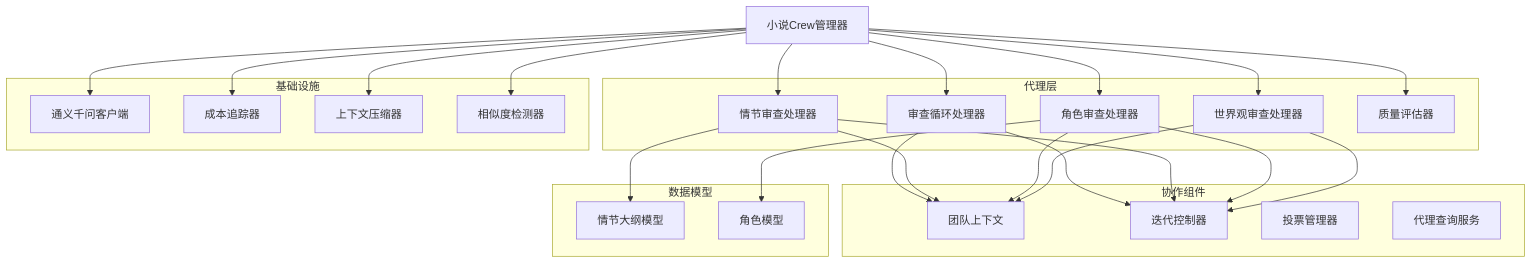
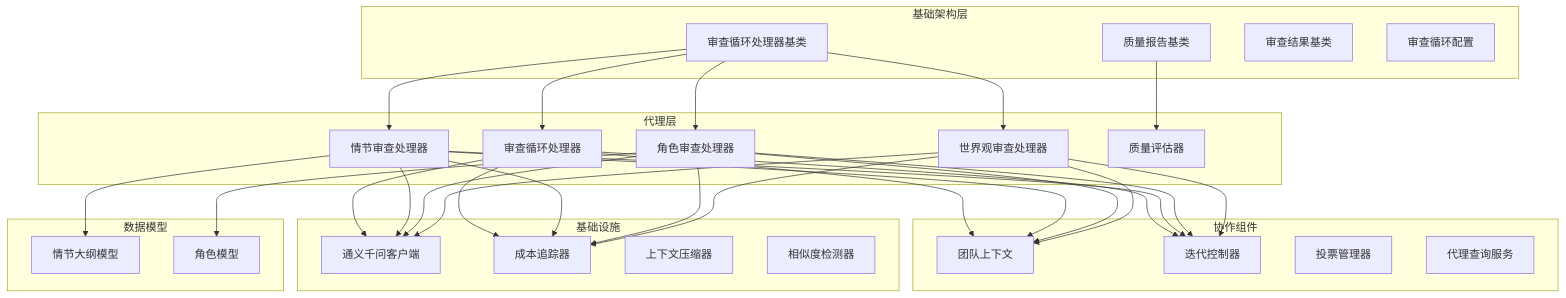
One commit to xfbyxq/ai-novel-system changed the first of 10 diagrams in .qoder/repowiki/zh/content/AI智能体系统/情节审查处理器.md. Above: the diagram before and after it, drawn with Mermaid. The commit also changed other lines of this file and 84 other files, not shown here.

````diff
--- a/.qoder/repowiki/zh/content/AI智能体系统/情节审查处理器.md
+++ b/.qoder/repowiki/zh/content/AI智能体系统/情节审查处理器.md
@@ -50,45 +54,55 @@
 ```mermaid
 graph TB
+subgraph "基础架构层"
+BaseReviewLoop[审查循环处理器基类]
+BaseQualityReport[质量报告基类]
+BaseReviewResult[审查结果基类]
+ReviewLoopConfig[审查循环配置]
+end
 subgraph "代理层"
 ReviewLoop[审查循环处理器]
 PlotReview[情节审查处理器]
 CharReview[角色审查处理器]
 WorldReview[世界观审查处理器]
 QualityEval[质量评估器]
 end
 subgraph "协作组件"
 TeamContext[团队上下文]
 IterationCtrl[迭代控制器]
 VotingMgr[投票管理器]
 AgentQuery[代理查询服务]
 end
 subgraph "基础设施"
 QwenClient[通义千问客户端]
 CostTracker[成本追踪器]
 ContextComp[上下文压缩器]
 SimilarityDet[相似度检测器]
 end
 subgraph "数据模型"
 PlotOutline[情节大纲模型]
 CharacterModel[角色模型]
 end
-CrewManager[小说Crew管理器] --> ReviewLoop
-CrewManager --> PlotReview
-CrewManager --> CharReview
-CrewManager --> WorldReview
-CrewManager --> QualityEval
+BaseReviewLoop --> ReviewLoop
+BaseReviewLoop --> PlotReview
+BaseReviewLoop --> CharReview
+BaseReviewLoop --> WorldReview
+BaseQualityReport --> QualityEval
 ReviewLoop --> TeamContext
 PlotReview --> TeamContext
 CharReview --> TeamContext
 WorldReview --> TeamContext
 ReviewLoop --> IterationCtrl
 PlotReview --> IterationCtrl
 CharReview --> IterationCtrl
 WorldReview --> IterationCtrl
-CrewManager --> QwenClient
-CrewManager --> CostTracker
-CrewManager --> ContextComp
-CrewManager --> SimilarityDet
+ReviewLoop --> QwenClient
+ReviewLoop --> CostTracker
+PlotReview --> QwenClient
+PlotReview --> CostTracker
+CharReview --> QwenClient
+CharReview --> CostTracker
+WorldReview --> QwenClient
+WorldReview --> CostTracker
 PlotReview --> PlotOutline
 CharReview --> CharacterModel
 ```
````
